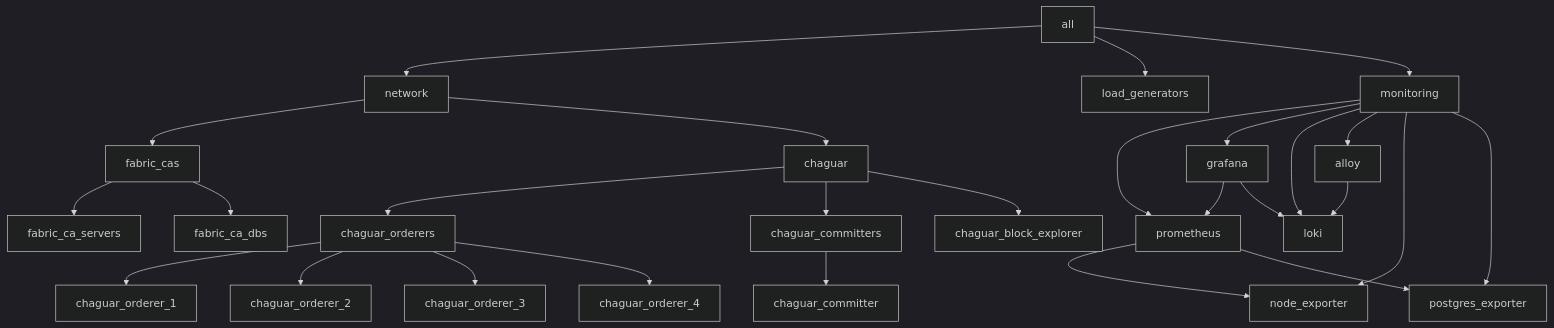
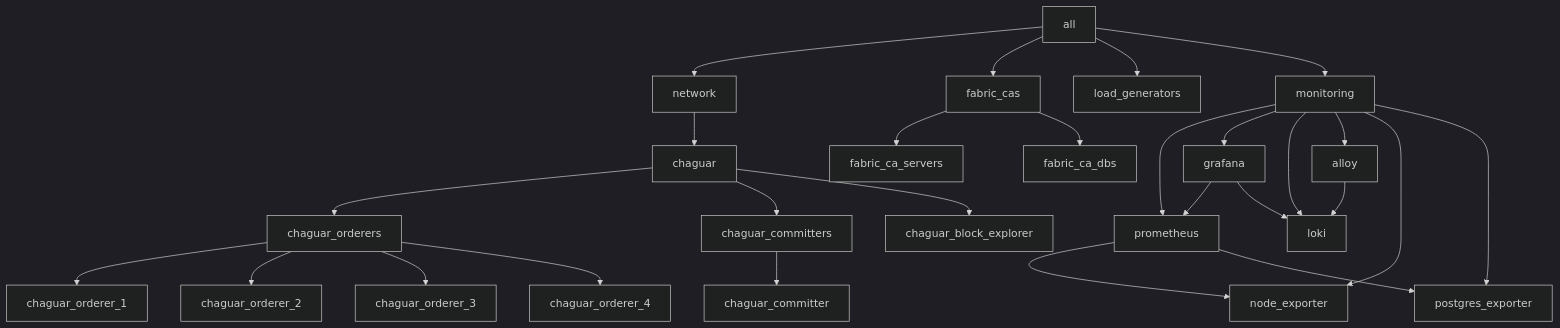
Before and after one commit to Chaguar/ansible-collection: the diagram in examples/inventory/docs/k8s/chaguar-no-mtls.md, drawn with Mermaid (dark theme). The commit also changed 26 other files, not shown here.

Commit message:
Move fabric_cas group outside network (#432)

````diff
--- a/examples/inventory/docs/k8s/chaguar-no-mtls.md
+++ b/examples/inventory/docs/k8s/chaguar-no-mtls.md
@@ -34,29 +34,29 @@
 ```mermaid
 flowchart TD
   all --> network
-  network --> fabric_cas
+  all --> fabric_cas
   network --> chaguar
   all --> load_generators
   all --> monitoring
   monitoring --> prometheus
   monitoring --> grafana
   monitoring --> loki
   monitoring --> alloy
   monitoring --> node_exporter
   monitoring --> postgres_exporter
   grafana --> prometheus
   grafana --> loki
   alloy --> loki
   prometheus --> node_exporter
   prometheus --> postgres_exporter
   fabric_cas --> fabric_ca_servers
   fabric_cas --> fabric_ca_dbs
   chaguar --> chaguar_orderers
   chaguar --> chaguar_committers
   chaguar --> chaguar_block_explorer
   chaguar_committers --> chaguar_committer
   chaguar_orderers --> chaguar_orderer_1
   chaguar_orderers --> chaguar_orderer_2
   chaguar_orderers --> chaguar_orderer_3
   chaguar_orderers --> chaguar_orderer_4
 ```
````
